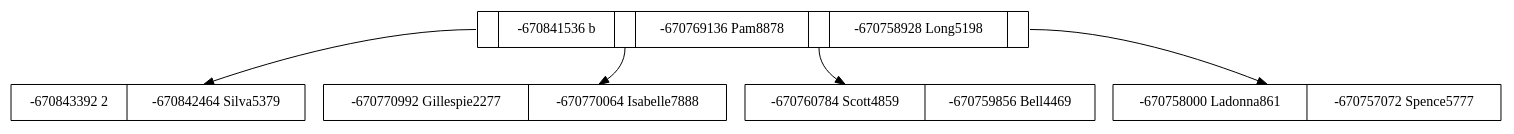
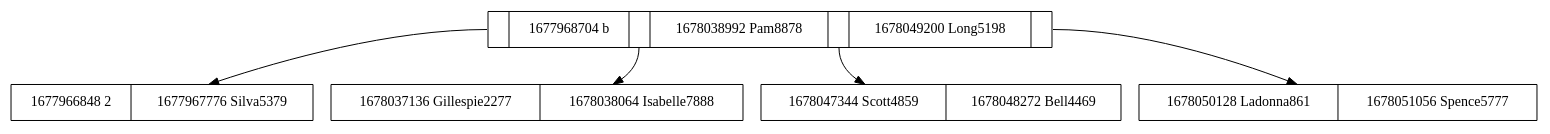
Before and after one commit to betebetoven/EDDS2F2: the diagram in arbolb.dot, drawn with Graphviz. The commit also changed 8 other files, not shown here.

```diff
--- a/arbolb.dot
+++ b/arbolb.dot
@@ -1,25 +1,25 @@
 digraph G {
 node[shape=record]
 		//Agregar Nodos Rama
-R0x7f6bd803c540[label="<C1>|-670841536 
- b|<C2>|-670769136 
- Pam8878|<C3>|-670758928 
+R0x7f9f6403c540[label="<C1>|1677968704 
+ b|<C2>|1678038992 
+ Pam8878|<C3>|1678049200 
  Long5198|<C4>"];
-R0x7f6bd803be00[label="-670843392 
- 2|-670842464 
+R0x7f9f6403be00[label="1677966848 
+ 2|1677967776 
  Silva5379"];
-R0x7f6bd804d8d0[label="-670770992 
- Gillespie2277|-670770064 
+R0x7f9f6404d090[label="1678037136 
+ Gillespie2277|1678038064 
  Isabelle7888"];
-R0x7f6bd80500b0[label="-670760784 
- Scott4859|-670759856 
+R0x7f9f6404f870[label="1678047344 
+ Scott4859|1678048272 
  Bell4469"];
-R0x7f6bd8050b90[label="-670758000 
- Ladonna861|-670757072 
+R0x7f9f64050350[label="1678050128 
+ Ladonna861|1678051056 
  Spence5777"];
 		//Agregar conexiones
-R0x7f6bd803c540:C1->R0x7f6bd803be00;
-R0x7f6bd803c540:C2->R0x7f6bd804d8d0;
-R0x7f6bd803c540:C3->R0x7f6bd80500b0;
-R0x7f6bd803c540:C4->R0x7f6bd8050b90;
+R0x7f9f6403c540:C1->R0x7f9f6403be00;
+R0x7f9f6403c540:C2->R0x7f9f6404d090;
+R0x7f9f6403c540:C3->R0x7f9f6404f870;
+R0x7f9f6403c540:C4->R0x7f9f64050350;
 }
```
